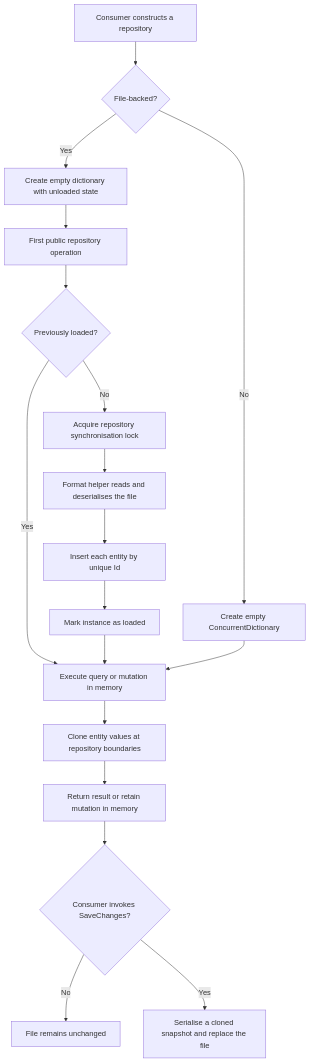
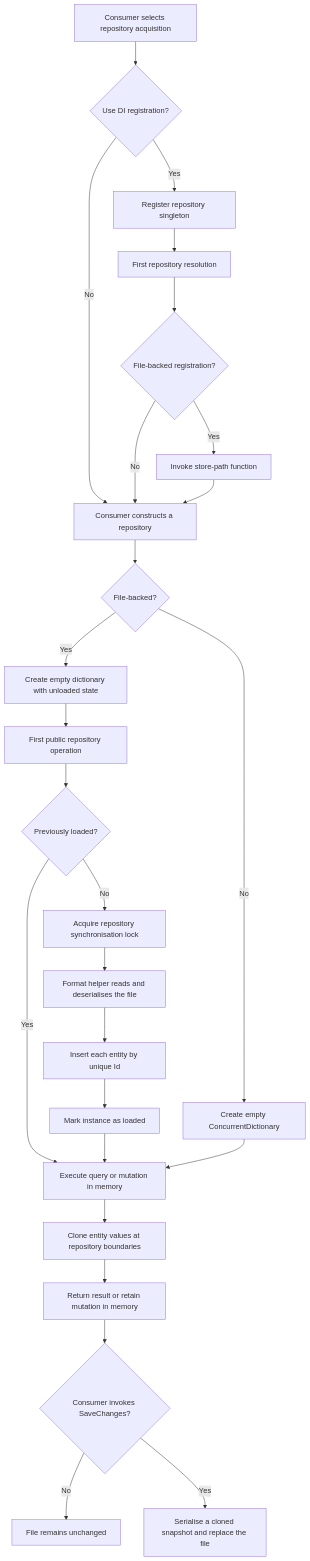
Before and after one commit to hmlendea/nucidal: the third of 8 diagrams in ARCHITECTURE.md, drawn with Mermaid. The commit also changed other lines of this file and 6 other files, not shown here.

````diff
--- a/ARCHITECTURE.md
+++ b/ARCHITECTURE.md
@@ -106,20 +117,28 @@
 ```mermaid
 flowchart TD
-    Construct["Consumer constructs a repository"] --> Kind{"File-backed?"}
+    Acquire["Consumer selects repository acquisition"] --> Registered{"Use DI registration?"}
+    Registered -->|"No"| Construct["Consumer constructs a repository"]
+    Registered -->|"Yes"| Register["Register repository singleton"]
+    Register --> Resolve["First repository resolution"]
+    Resolve --> RegisteredFile{"File-backed registration?"}
+    RegisteredFile -->|"No"| Construct
+    RegisteredFile -->|"Yes"| Path["Invoke store-path function"]
+    Path --> Construct
+    Construct --> Kind{"File-backed?"}
     Kind -->|"No"| Ready["Create empty ConcurrentDictionary"]
     Kind -->|"Yes"| Deferred["Create empty dictionary with unloaded state"]
     Deferred --> FirstCall["First public repository operation"]
     FirstCall --> LoadCheck{"Previously loaded?"}
     LoadCheck -->|"No"| LoadLock["Acquire repository synchronisation lock"]
     LoadLock --> ReadFile["Format helper reads and deserialises the file"]
     ReadFile --> Unique["Insert each entity by unique Id"]
     Unique --> MarkLoaded["Mark instance as loaded"]
     LoadCheck -->|"Yes"| Execute
     MarkLoaded --> Execute["Execute query or mutation in memory"]
     Ready --> Execute
     Execute --> Clone["Clone entity values at repository boundaries"]
     Clone --> Result["Return result or retain mutation in memory"]
     Result --> Save{"Consumer invokes SaveChanges?"}
     Save -->|"No"| MemoryOnly["File remains unchanged"]
     Save -->|"Yes"| Replace["Serialise a cloned snapshot and replace the file"]
 ```
````
